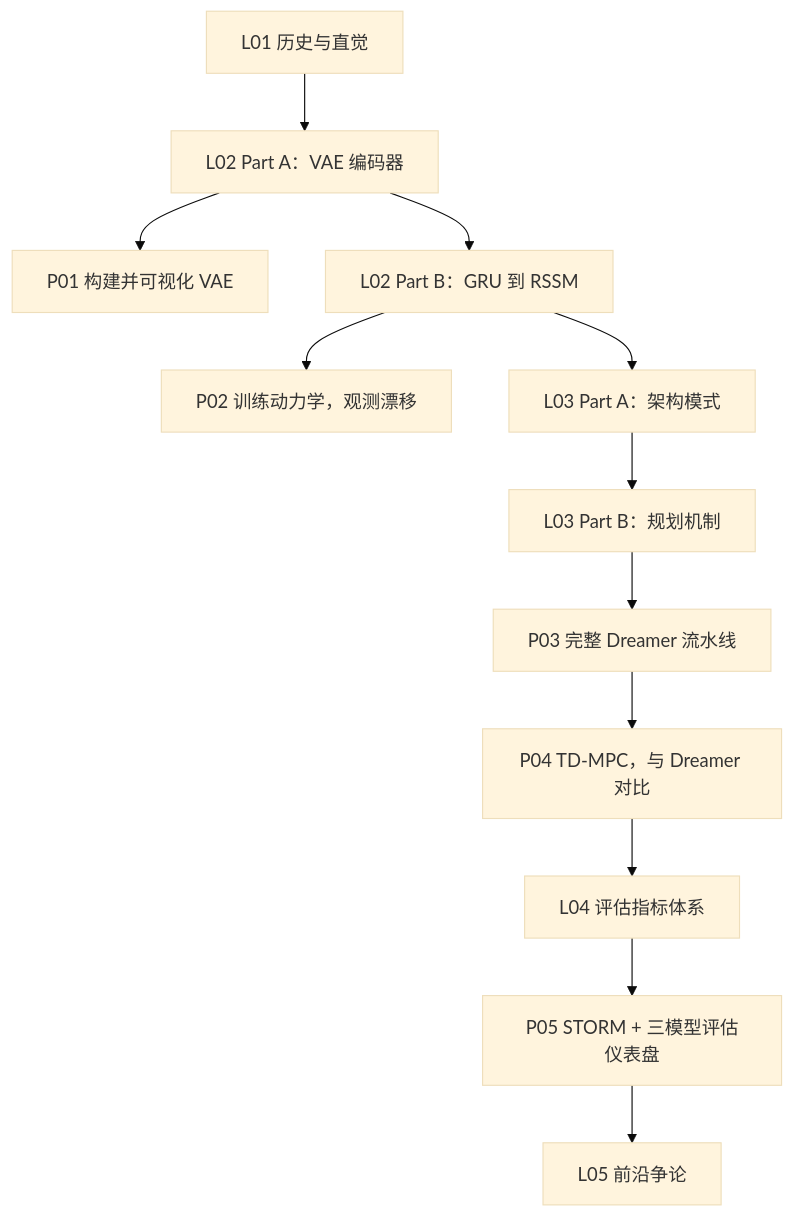
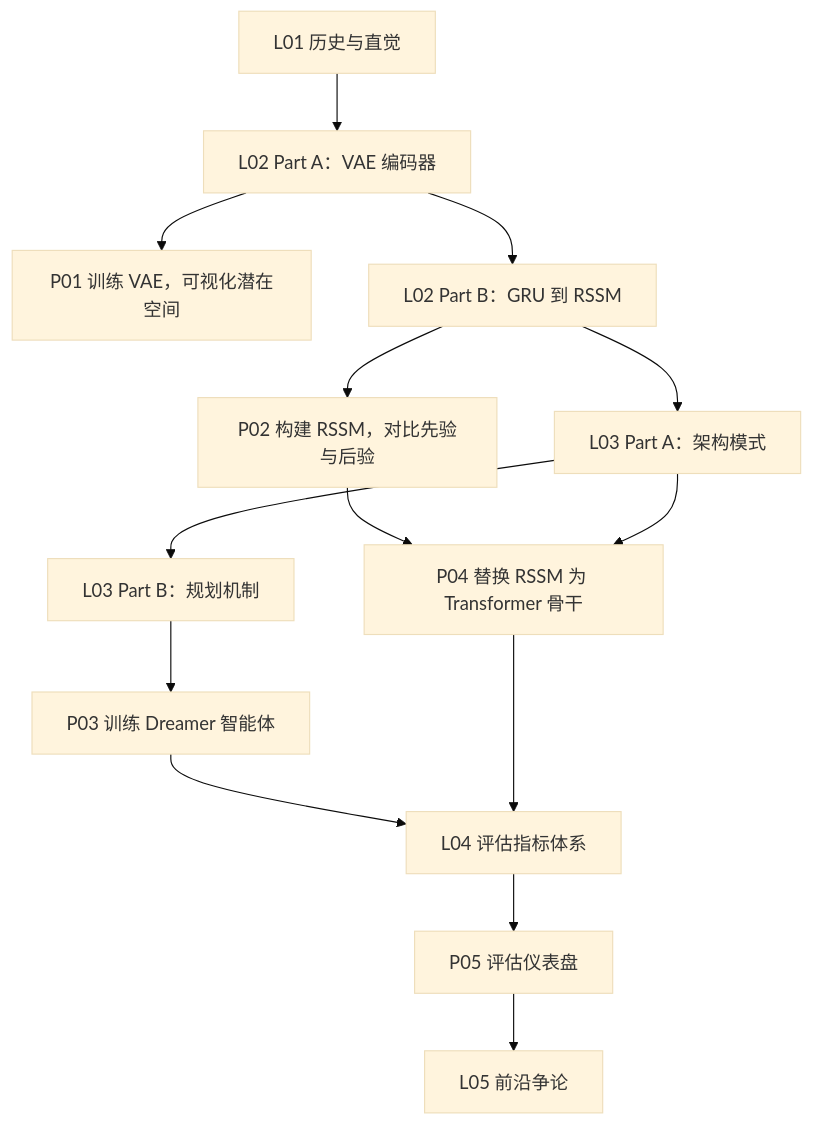
The diagram in README-CN.md (datawhalechina/learn-world-model), drawn with Mermaid (base theme) before and after one commit. The commit also changed other lines of this file and 19 other files, not shown here.

````diff
--- a/README-CN.md
+++ b/README-CN.md
@@ -61,14 +61,15 @@
 ```mermaid
 flowchart TD
     L01["L01 历史与直觉"] --> L02A
-    L02A["L02 Part A：VAE 编码器"] --> P01["P01 构建并可视化 VAE"]
+    L02A["L02 Part A：VAE 编码器"] --> P01["P01 训练 VAE，可视化潜在空间"]
     L02A --> L02B["L02 Part B：GRU 到 RSSM"]
-    L02B --> P02["P02 训练动力学，观测漂移"]
+    L02B --> P02["P02 构建 RSSM，对比先验与后验"]
     L02B --> L03A["L03 Part A：架构模式"]
     L03A --> L03B["L03 Part B：规划机制"]
-    L03B --> P03["P03 完整 Dreamer 流水线"]
-    P03 --> P04["P04 TD-MPC，与 Dreamer 对比"]
-    P04 --> L04["L04 评估指标体系"]
-    L04 --> P05["P05 STORM + 三模型评估仪表盘"]
+    L03B --> P03["P03 训练 Dreamer 智能体"]
+    P02 --> P04["P04 替换 RSSM 为 Transformer 骨干"]
+    L03A --> P04
+    P03 & P04 --> L04["L04 评估指标体系"]
+    L04 --> P05["P05 评估仪表盘"]
     P05 --> L05["L05 前沿争论"]
 ```
````
